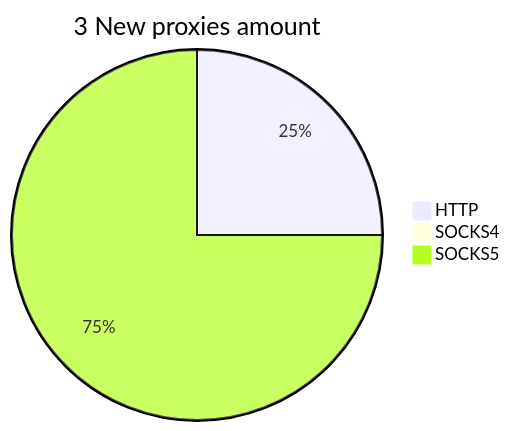
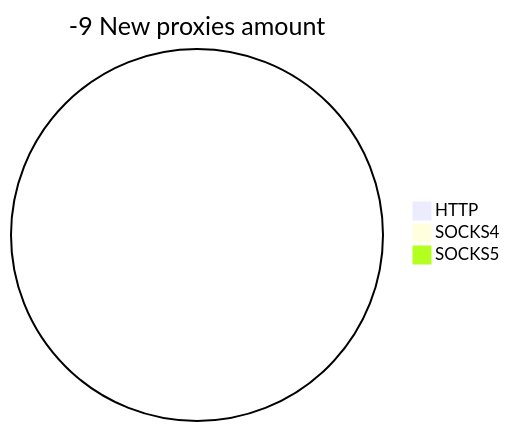
The second of 2 diagrams in README.md (cutipu/proxylist), drawn with Mermaid before and after one commit. The commit also changed other lines of this file, not shown here.

````diff
--- a/README.md
+++ b/README.md
@@ -10,6 +10,6 @@
 ```mermaid
-pie title 3 New proxies amount
-    "HTTP" : 1
+pie title -9 New proxies amount
+    "HTTP" : 0
     "SOCKS4" : 0
-    "SOCKS5" : 3
+    "SOCKS5" : 0
 ```
````
